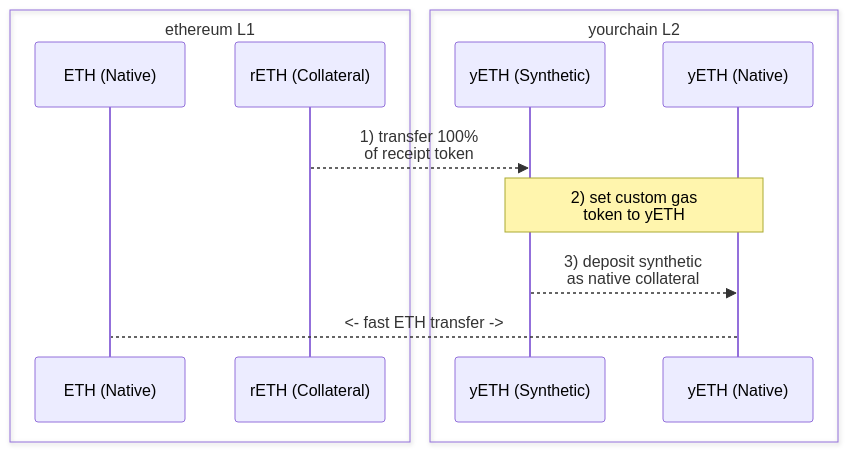
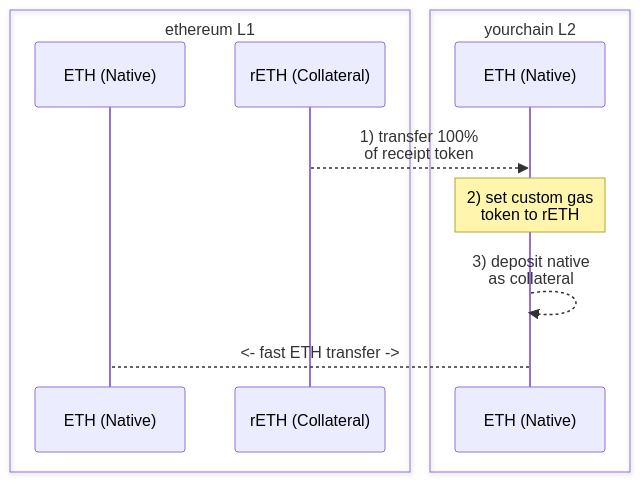
The diagram in docs/protocol/warp-routes/warp-routes-custom-gas-fast-native.mdx (hyperlane-xyz/v3-docs), drawn with Mermaid before and after one commit. The commit also changed other lines of this file, not shown here.

Commit message:
fast native updates

````diff
--- a/docs/protocol/warp-routes/warp-routes-custom-gas-fast-native.mdx
+++ b/docs/protocol/warp-routes/warp-routes-custom-gas-fast-native.mdx
@@ -71,16 +61,15 @@
     ```mermaid
     sequenceDiagram
     		box ethereum L1
     			participant ETH as ETH (Native)
     	    participant rETH_C as rETH (Collateral)
         end
     		box yourchain L2
-    	    participant yETH_S as yETH (Synthetic)
-    	    participant yETH_N as yETH (Native)
+    	    participant yETH_N as ETH (Native)
         end
 
-        rETH_C-->>yETH_S: 1) transfer 100%<br>of receipt token
-        Note over yETH_N,yETH_S: 2) set custom gas<br>token to yETH
-        yETH_S-->>yETH_N: 3) deposit synthetic<br>as native collateral
+        rETH_C-->>yETH_N: 1) transfer 100%<br>of receipt token
+        Note over yETH_N: 2) set custom gas<br>token to rETH
+        yETH_N-->>yETH_N: 3) deposit native<br>as collateral
         yETH_N-->ETH: <- fast ETH transfer ->
     ```
````
